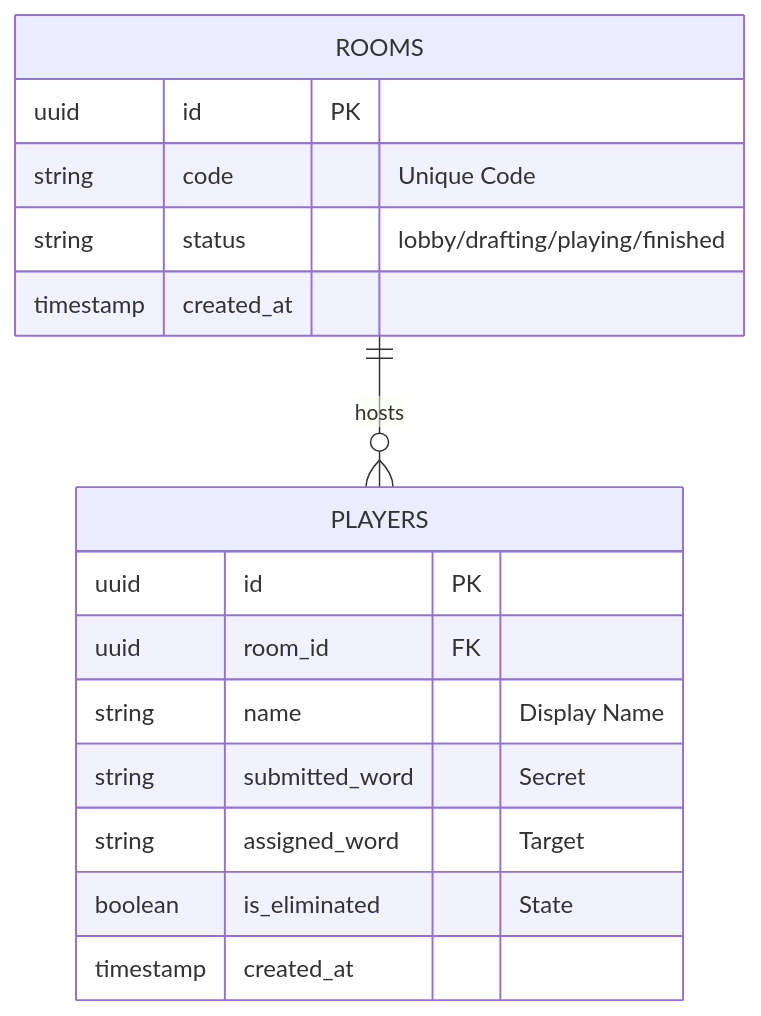
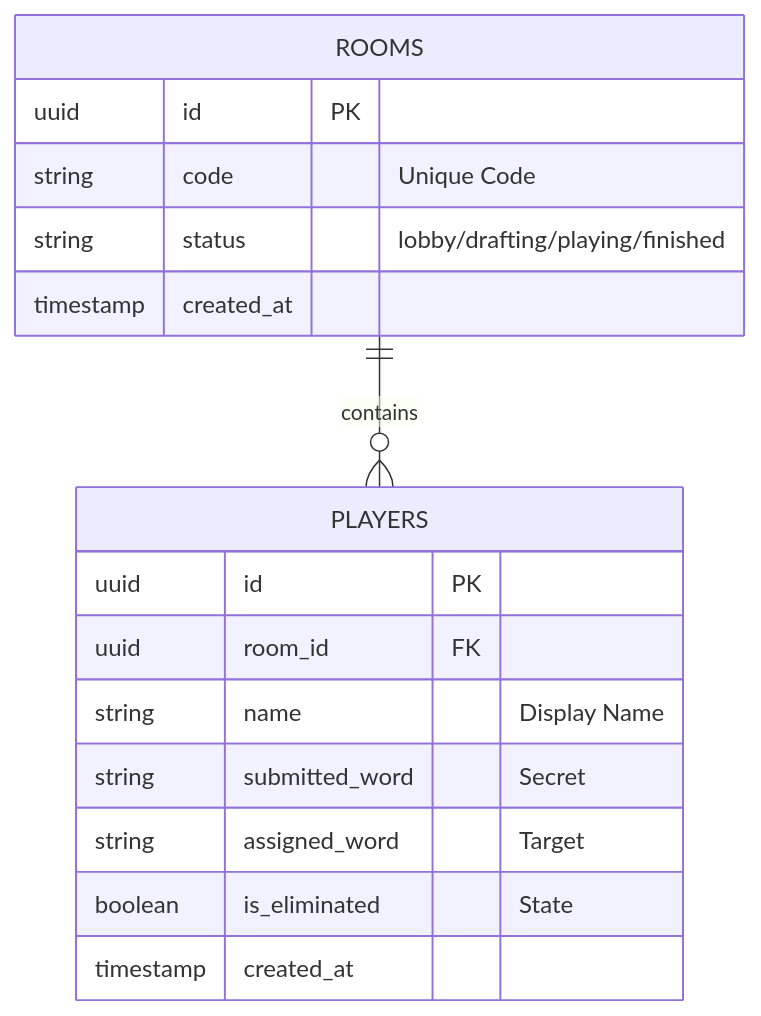
The fourth of 4 diagrams in README.md (MarkeloPuangpoo/loodpak), drawn with Mermaid before and after one commit. The commit also changed other lines of this file and 12 other files, not shown here.

````diff
--- a/README.md
+++ b/README.md
@@ -177,21 +124,21 @@
 ```mermaid
 erDiagram
-    ROOMS ||--o{ PLAYERS : "hosts"
+    ROOMS ||--o{ PLAYERS : "contains"
     
     ROOMS {
         uuid id PK
         string code "Unique Code"
         string status "lobby/drafting/playing/finished"
         timestamp created_at
     }
     
     PLAYERS {
         uuid id PK
         uuid room_id FK
         string name "Display Name"
         string submitted_word "Secret"
         string assigned_word "Target"
         boolean is_eliminated "State"
         timestamp created_at
     }
 ```
````
